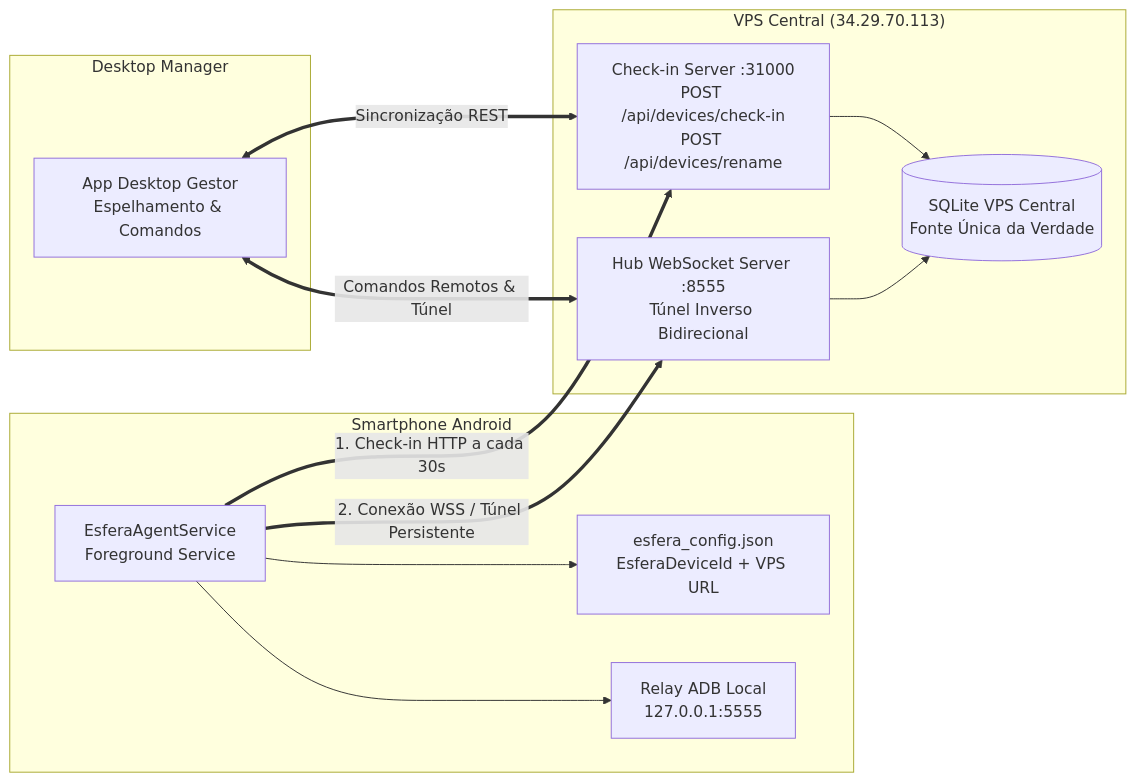
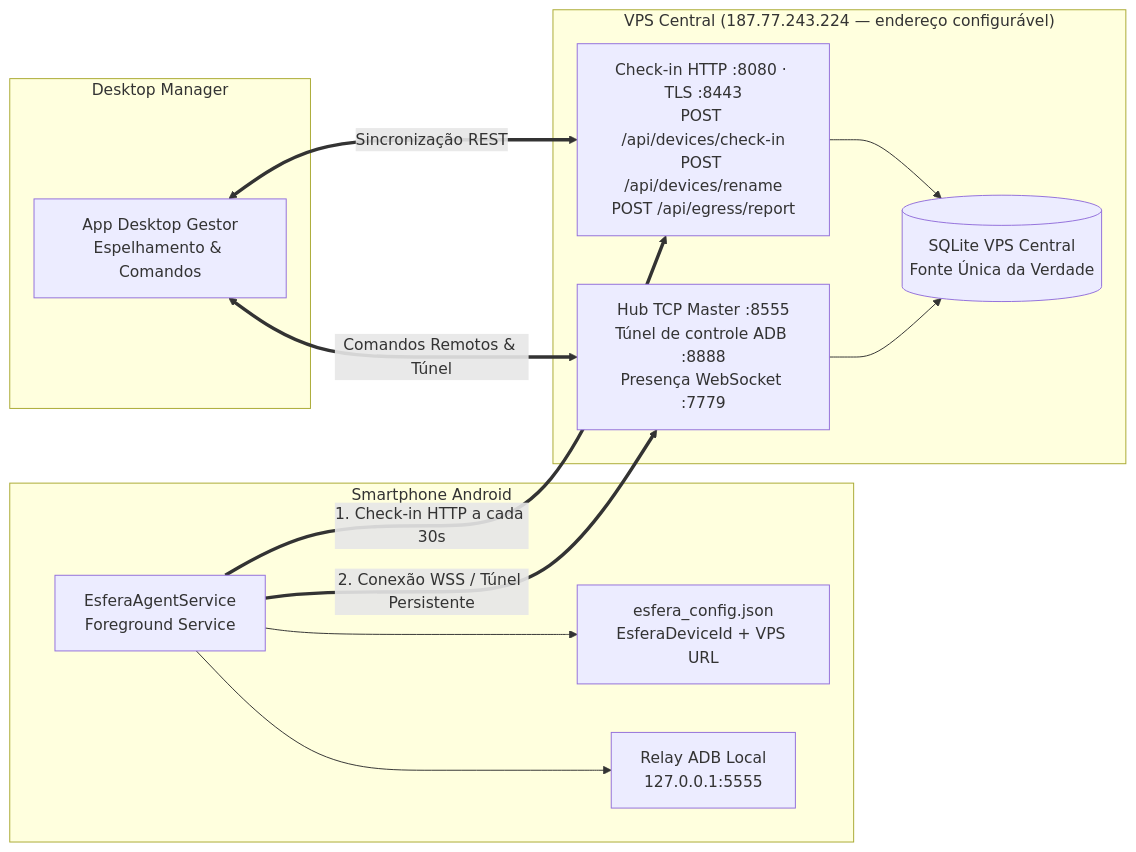
The fourth of 4 diagrams in README.md (vicenzzopalma/esfera_v3), drawn with Mermaid before and after one commit. The commit also changed other lines of this file, not shown here.

````diff
--- a/README.md
+++ b/README.md
@@ -124,28 +123,28 @@
 ```mermaid
 graph LR
     subgraph "Smartphone Android"
         KService[EsferaAgentService<br/>Foreground Service]
         KConfig[esfera_config.json<br/>EsferaDeviceId + VPS URL]
         KRelay[Relay ADB Local<br/>127.0.0.1:5555]
         KService --> KConfig
         KService --> KRelay
     end
 
-    subgraph "VPS Central (34.29.70.113)"
-        HTTPCheckin[Check-in Server :31000<br/>POST /api/devices/check-in<br/>POST /api/devices/rename]
-        WSTunnel[Hub WebSocket Server :8555<br/>Túnel Inverso Bidirecional]
+    subgraph "VPS Central (187.77.243.224 — endereço configurável)"
+        HTTPCheckin[Check-in HTTP :8080 · TLS :8443<br/>POST /api/devices/check-in<br/>POST /api/devices/rename<br/>POST /api/egress/report]
+        WSTunnel[Hub TCP Master :8555<br/>Túnel de controle ADB :8888<br/>Presença WebSocket :7779]
         VPSDB[(SQLite VPS Central<br/>Fonte Única da Verdade)]
         
         HTTPCheckin --> VPSDB
         WSTunnel --> VPSDB
     end
 
     subgraph "Desktop Manager"
         DesktopApp[App Desktop Gestor<br/>Espelhamento & Comandos]
         DesktopApp <== "Comandos Remotos & Túnel" ==> WSTunnel
         DesktopApp <== "Sincronização REST" ==> HTTPCheckin
     end
 
     KService == "1. Check-in HTTP a cada 30s" ==> HTTPCheckin
     KService == "2. Conexão WSS / Túnel Persistente" ==> WSTunnel
 ```
````
